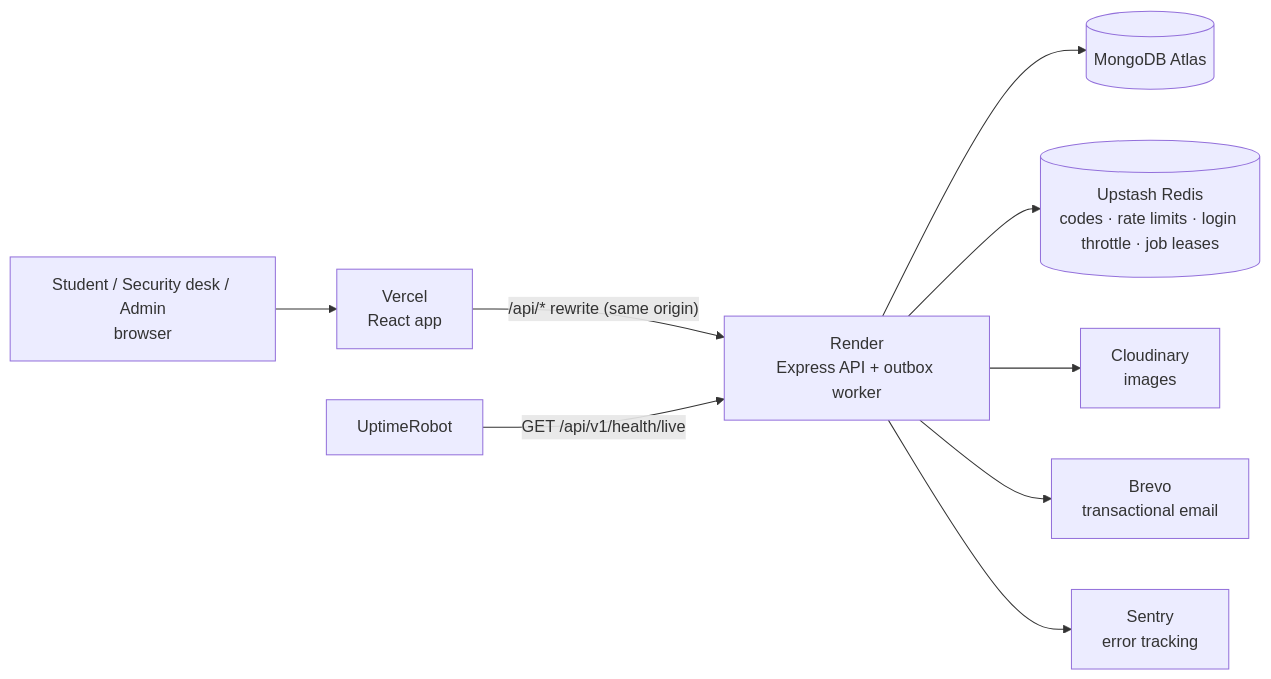
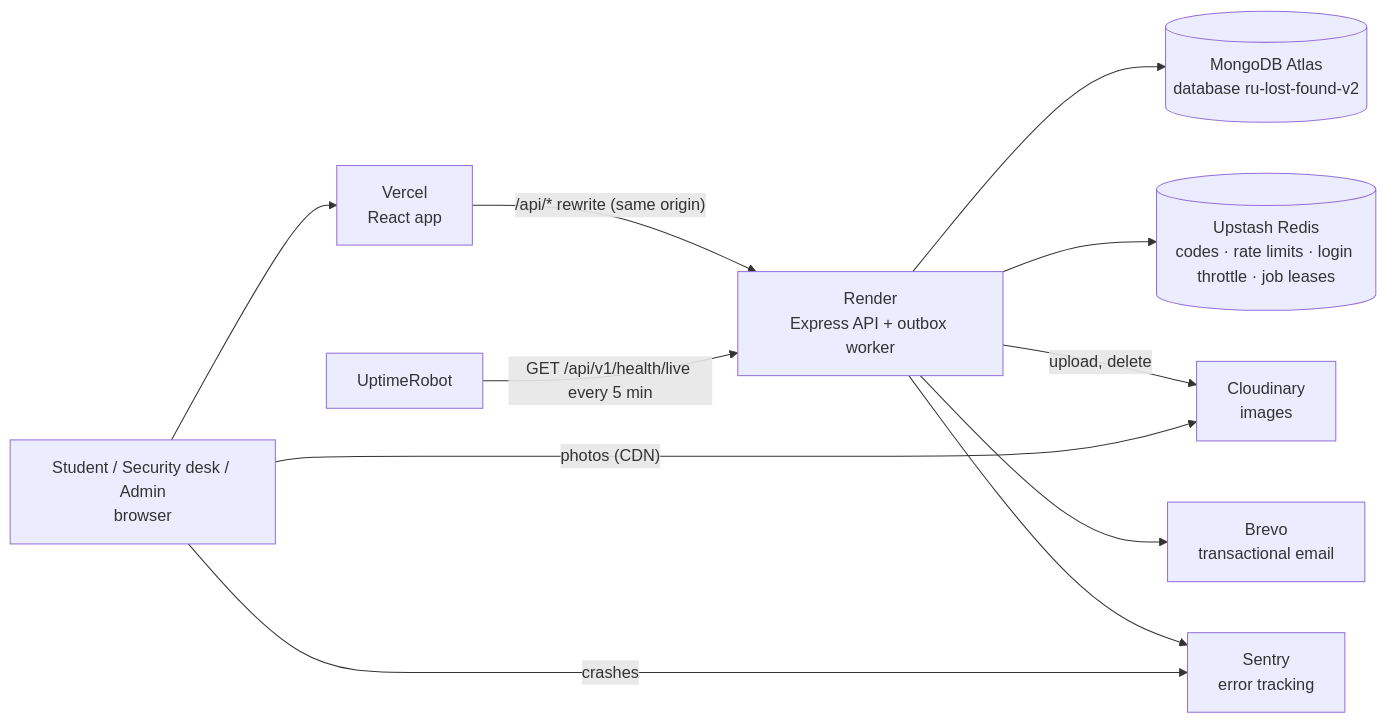
The diagram in docs/architecture/backend.md (nox-pie/RU-Lost-Found), drawn with Mermaid before and after one commit. The commit also changed other lines of this file and 7 other files, not shown here.

````diff
--- a/docs/architecture/backend.md
+++ b/docs/architecture/backend.md
@@ -40,11 +38,13 @@
 ```mermaid
 flowchart LR
     U[Student / Security desk / Admin<br/>browser] --> V[Vercel<br/>React app]
     V -- "/api/* rewrite (same origin)" --> A[Render<br/>Express API + outbox worker]
-    A --> M[(MongoDB Atlas)]
+    A --> M[(MongoDB Atlas<br/>database ru-lost-found-v2)]
     A --> R[(Upstash Redis<br/>codes · rate limits · login throttle · job leases)]
-    A --> C[Cloudinary<br/>images]
+    A -- "upload, delete" --> C[Cloudinary<br/>images]
+    U -- "photos (CDN)" --> C
     A --> B[Brevo<br/>transactional email]
     A --> S[Sentry<br/>error tracking]
-    UR[UptimeRobot] -- "GET /api/v1/health/live" --> A
+    U -- "crashes" --> S
+    UR[UptimeRobot] -- "GET /api/v1/health/live every 5 min" --> A
 ```
````
